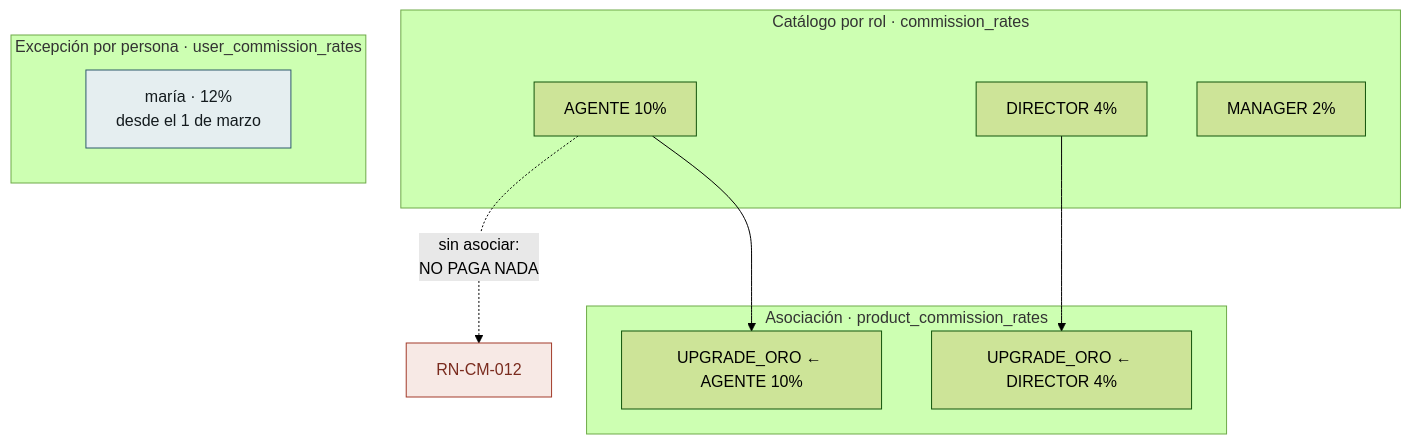
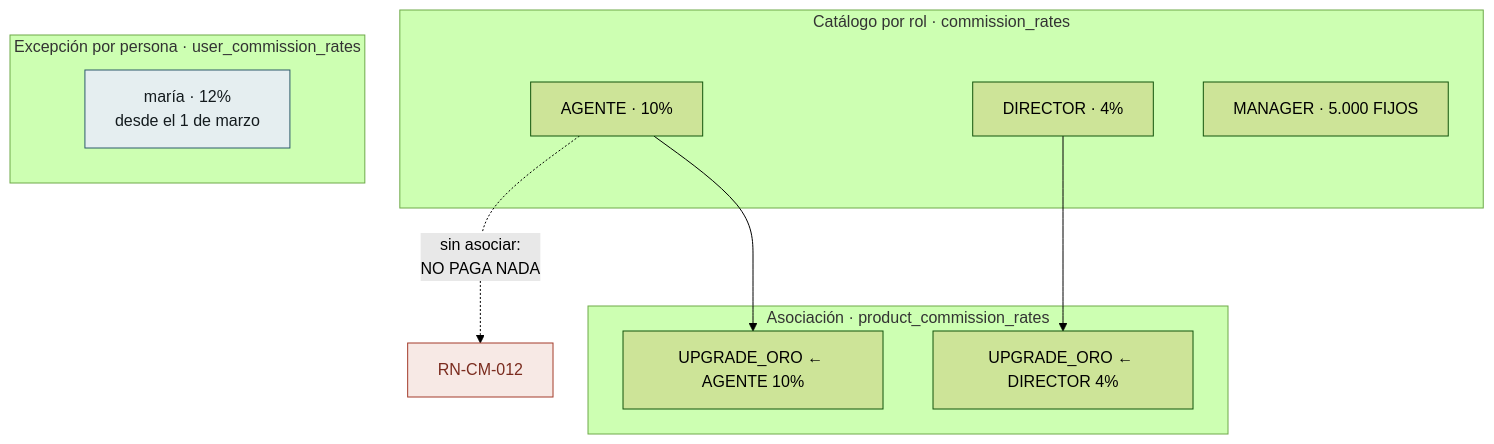
The first of 3 diagrams in docs/flujos/cm/flujos-del-modulo.md (NexusPro-Dev/backend), drawn with Mermaid (forest theme) before and after one commit. The commit also changed other lines of this file and 63 other files, not shown here.

````diff
--- a/docs/flujos/cm/flujos-del-modulo.md
+++ b/docs/flujos/cm/flujos-del-modulo.md
@@ -22,26 +22,26 @@
 ```mermaid
 flowchart TB
     subgraph CAT["Catálogo por rol · commission_rates"]
-        R1["AGENTE 10%"]
-        R2["DIRECTOR 4%"]
-        R3["MANAGER 2%"]
+        R1["AGENTE · 10%"]
+        R2["DIRECTOR · 4%"]
+        R3["MANAGER · 5.000 FIJOS"]
     end
 
     subgraph ASO["Asociación · product_commission_rates"]
         A1["UPGRADE_ORO ← AGENTE 10%"]
         A2["UPGRADE_ORO ← DIRECTOR 4%"]
     end
 
     subgraph PER["Excepción por persona · user_commission_rates"]
         P1["maría · 12%<br/>desde el 1 de marzo"]
     end
 
     R1 --> A1
     R2 --> A2
     R1 -.->|"sin asociar:<br/>NO PAGA NADA"| N["RN-CM-012"]
 
     classDef nada fill:#F7E9E5,stroke:#A33B2A,color:#7A2B1E
     classDef ok fill:#E5EEF0,stroke:#2D5A6B,color:#141B1E
     class N nada
     class P1 ok
 ```
````
